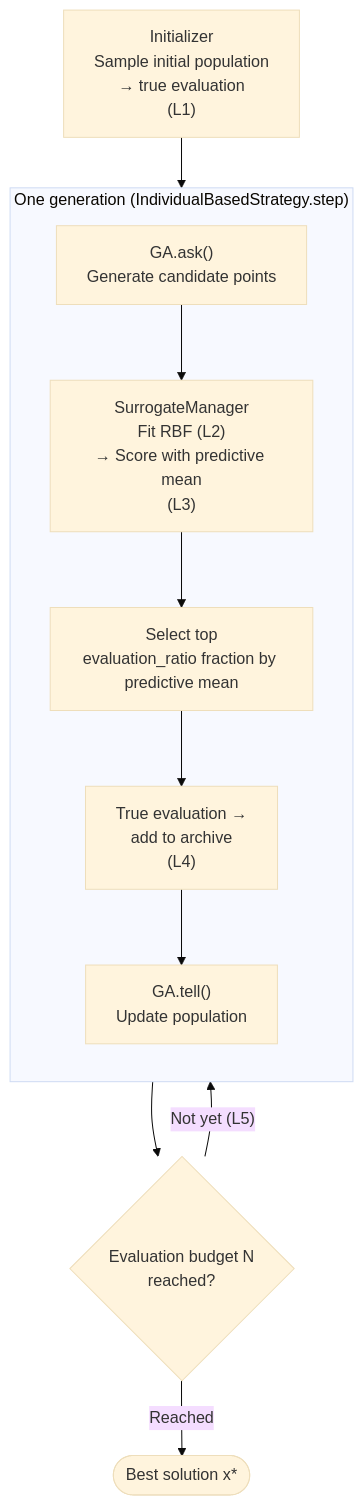
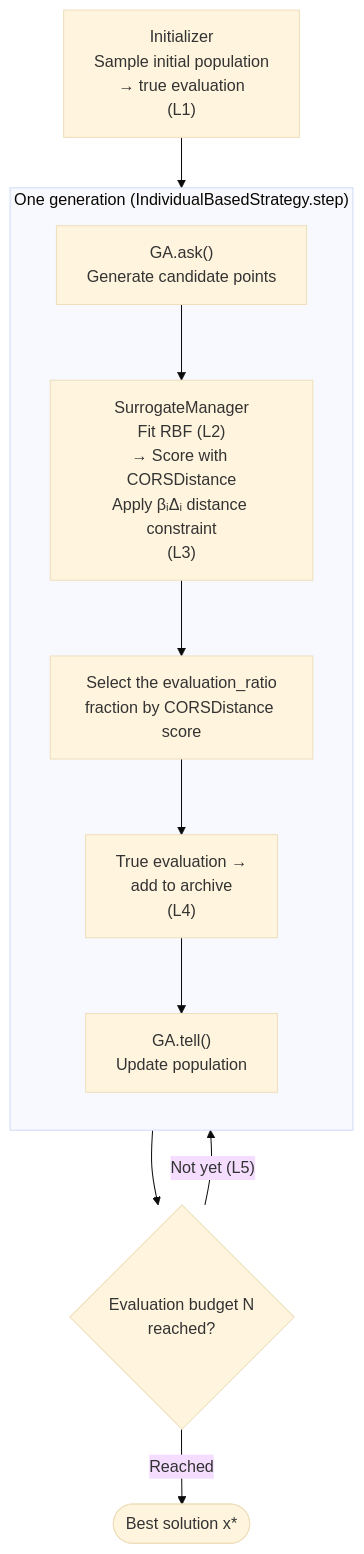
The diagram in docs/algorithms/rbf_cors.md (shlka/saealib), drawn with Mermaid (base theme) before and after one commit. The commit also changed other lines of this file and 479 other files, not shown here.

````diff
--- a/docs/algorithms/rbf_cors.md
+++ b/docs/algorithms/rbf_cors.md
@@ -37,14 +43,14 @@
 ```{mermaid}
 flowchart TD
     INIT["Initializer<br/>Sample initial population<br/>→ true evaluation<br/>(L1)"] --> ASK
     subgraph GEN["One generation (IndividualBasedStrategy.step)"]
         direction TB
-        ASK["GA.ask()<br/>Generate candidate points"] --> SCORE["SurrogateManager<br/>Fit RBF (L2)<br/>→ Score with predictive mean<br/>(L3)"]
-        SCORE --> SORT["Select top<br/>evaluation_ratio fraction by predictive mean"]
+        ASK["GA.ask()<br/>Generate candidate points"] --> SCORE["SurrogateManager<br/>Fit RBF (L2)<br/>→ Score with CORSDistance<br/>Apply βᵢΔᵢ distance constraint<br/>(L3)"]
+        SCORE --> SORT["Select the evaluation_ratio<br/>fraction by CORSDistance score"]
         SORT --> EVAL["True evaluation →<br/>add to archive<br/>(L4)"]
         EVAL --> TELL["GA.tell()<br/>Update population"]
     end
     GEN --> TERM{"Evaluation budget N<br/>reached?"}
     TERM -- "Not yet (L5)" --> ASK
     TERM -- "Reached" --> RESULT(["Best solution x*"])
 ```
````
